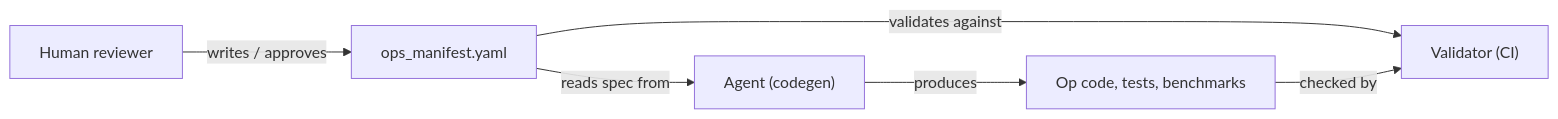
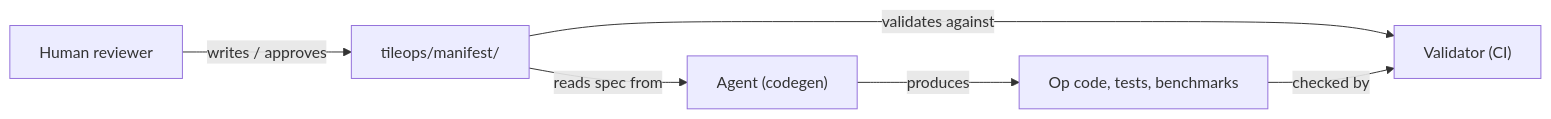
One commit to tile-ai/TileOPs changed the diagram in docs/manifest.md. Above: the diagram before and after it, drawn with Mermaid. The commit also changed other lines of this file and 43 other files, not shown here.

First line of the commit message:
[Refactor][Manifest] split monolithic yaml into per-family package (#1092)

````diff
--- a/docs/manifest.md
+++ b/docs/manifest.md
@@ -7,8 +15,8 @@
 ```mermaid
 flowchart LR
-    H["Human reviewer"] -->|writes / approves| M["ops_manifest.yaml"]
+    H["Human reviewer"] -->|writes / approves| M["tileops/manifest/"]
     M -->|reads spec from| A["Agent (codegen)"]
     A -->|produces| C["Op code, tests, benchmarks"]
     M -->|validates against| V["Validator (CI)"]
     C -->|checked by| V
 ```
````
